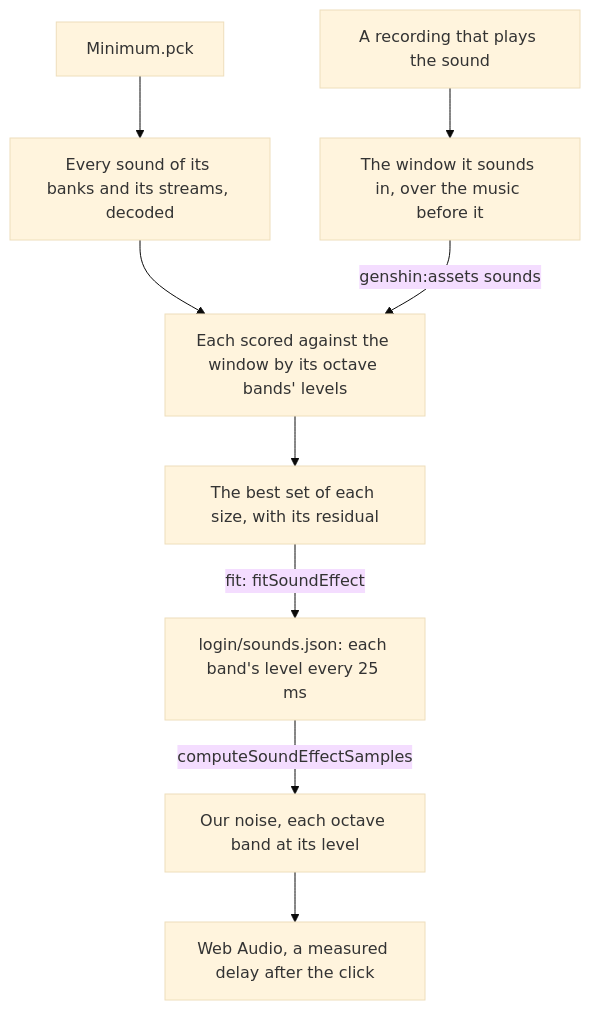
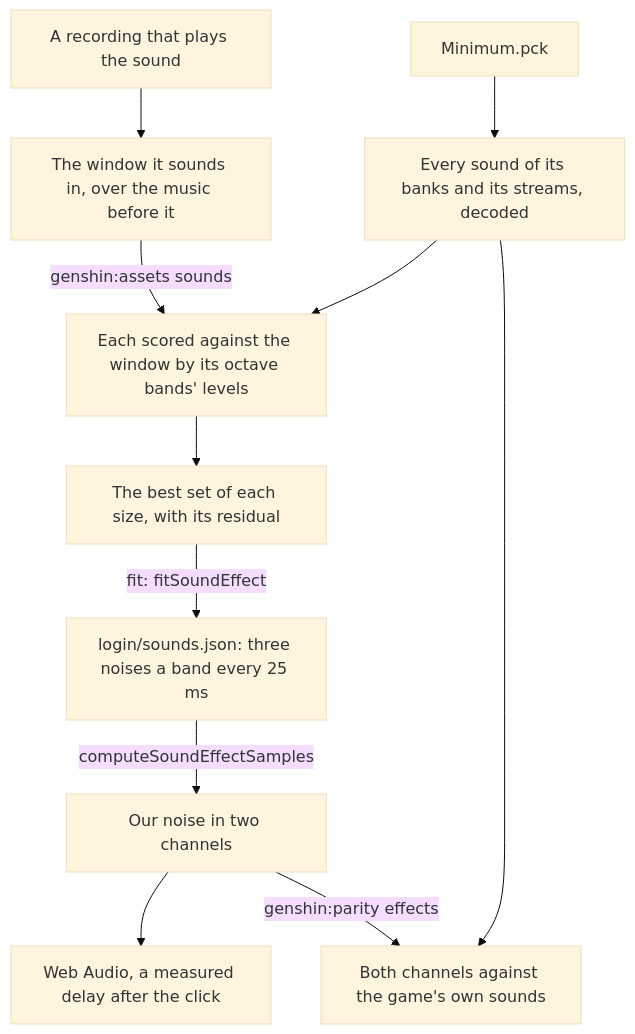
One commit to Esposter/Esposter changed the diagram in apps/web/content/docs/genshin/sound-effects.md. Above: the diagram before and after it, drawn with Mermaid (base theme). The commit also changed other lines of this file and 26 other files, not shown here.

First line of the commit message:
fix(genshin): the login's door sounds in both channels, in thirds of an octave up to 20 kHz, as near the game's own sounds as our noise can play

````diff
--- a/apps/web/content/docs/genshin/sound-effects.md
+++ b/apps/web/content/docs/genshin/sound-effects.md
@@ -12,11 +12,13 @@
 ```mermaid
 flowchart TD
   R["A recording that plays the sound"] --> W["The window it sounds in, over the music before it"]
   P["Minimum.pck"] --> D["Every sound of its banks and its streams, decoded"]
   D --> M["Each scored against the window by its octave bands' levels"]
   W -->|"genshin:assets sounds"| M
   M --> S["The best set of each size, with its residual"]
-  S -->|"fit: fitSoundEffect"| L["login/sounds.json: each band's level every 25 ms"]
-  L -->|"computeSoundEffectSamples"| N["Our noise, each octave band at its level"]
+  S -->|"fit: fitSoundEffect"| L["login/sounds.json: three noises a band every 25 ms"]
+  L -->|"computeSoundEffectSamples"| N["Our noise in two channels"]
   N --> A["Web Audio, a measured delay after the click"]
+  N -->|"genshin:parity effects"| G["Both channels against the game's own sounds"]
+  D --> G
 ```
````
